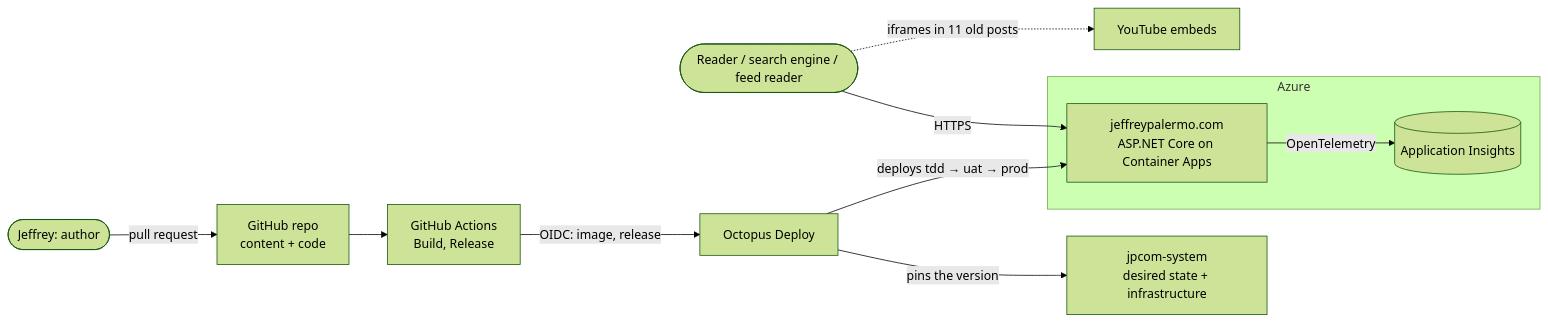
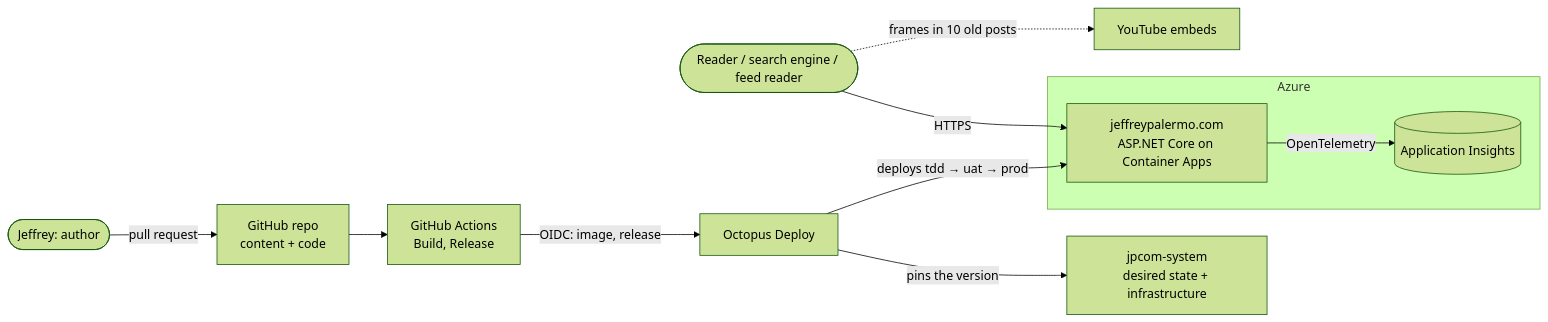
One commit to jeffreypalermo-sites/jeffreypalermo.com changed the first of 7 diagrams in docs/architecture/README.md. Above: the diagram before and after it, drawn with Mermaid (forest theme). The commit also changed other lines of this file and 23 other files, not shown here.

````diff
--- a/docs/architecture/README.md
+++ b/docs/architecture/README.md
@@ -25,22 +25,22 @@
 ```mermaid
 flowchart LR
     reader([Reader / search engine / feed reader])
     author([Jeffrey: author])
     subgraph Azure
         app[jeffreypalermo.com<br/>ASP.NET Core on Container Apps]
         ai[(Application Insights)]
     end
     gh[GitHub repo<br/>content + code]
     actions[GitHub Actions<br/>Build, Release]
     octo[Octopus Deploy]
     sys[jpcom-system<br/>desired state + infrastructure]
     yt[YouTube embeds]
 
     reader -- HTTPS --> app
     author -- pull request --> gh
     gh --> actions -- "OIDC: image, release" --> octo
     octo -- "pins the version" --> sys
     octo -- "deploys tdd → uat → prod" --> app
     app -- OpenTelemetry --> ai
-    reader -. iframes in 11 old posts .-> yt
+    reader -. frames in 10 old posts .-> yt
 ```
````
